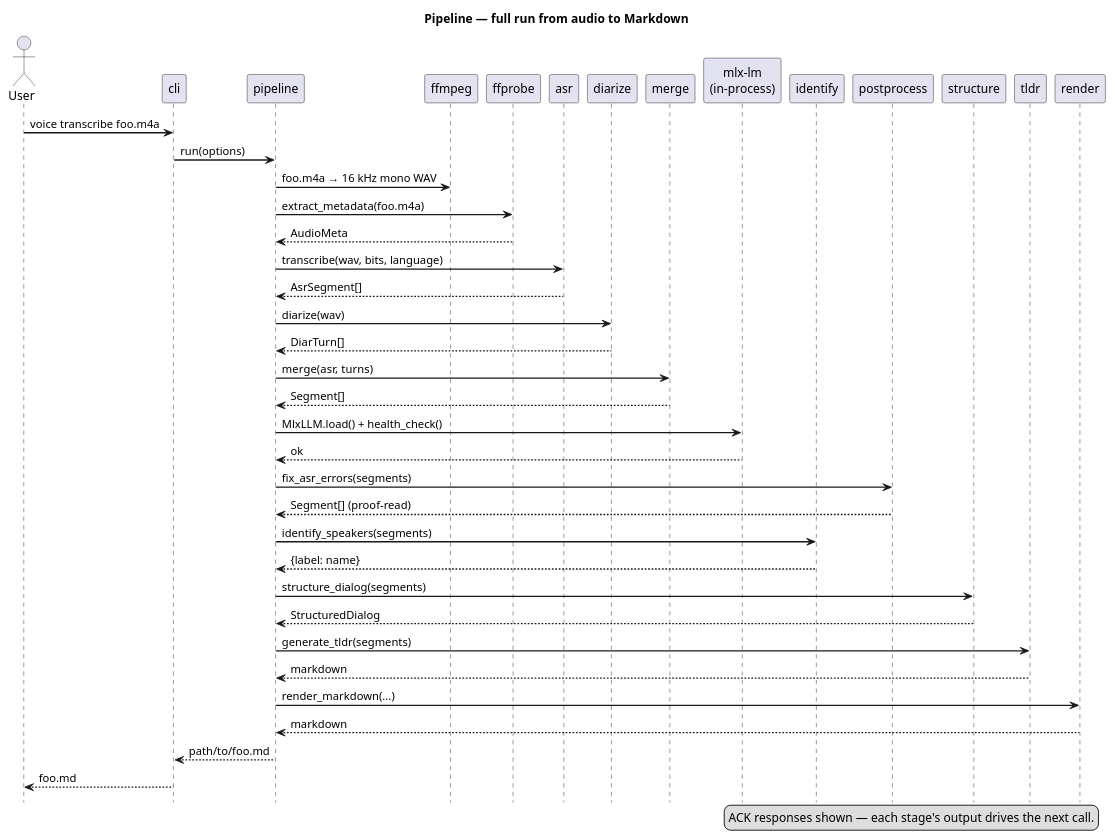
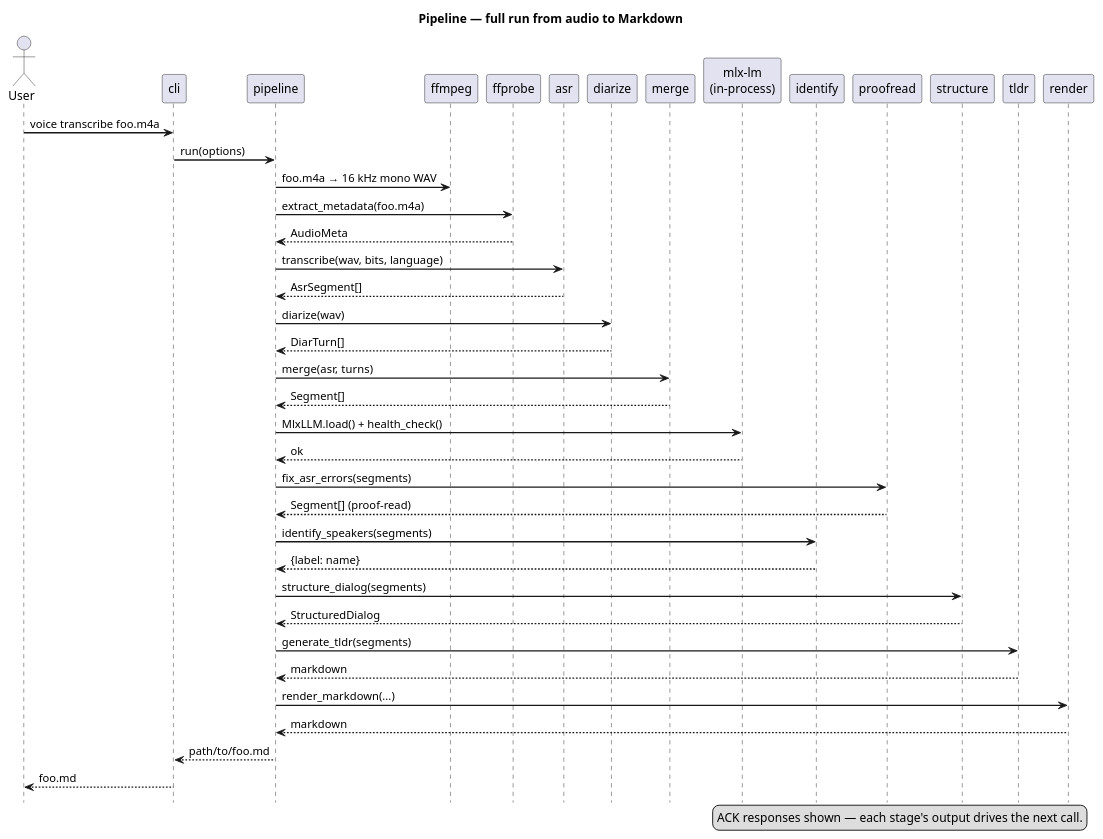
The diagram in docs/pipeline.md (artem-from-ua/voice-transcriber), drawn with PlantUML before and after one commit. The commit also changed other lines of this file and 24 other files, not shown here.

First line of the commit message:
Rename postprocess → proofread; colour-code architecture diagram by stage type (#61)

````diff
--- a/docs/pipeline.md
+++ b/docs/pipeline.md
@@ -7,53 +7,53 @@
 ```plantuml
 @startuml
 title Pipeline — full run from audio to Markdown
 hide footbox
 skinparam sequenceArrowThickness 1.5
 skinparam LifeLineBorderColor #C0C0C0
 
 actor User
 participant cli
 participant pipeline
 participant ffmpeg as "ffmpeg"
 participant ffprobe
 participant asr
 participant diarize
 participant merge
 participant llm as "mlx-lm\n(in-process)"
 participant identify
-participant postprocess
+participant proofread
 participant structure
 participant tldr
 participant render
 
 User -> cli : voice transcribe foo.m4a
 cli -> pipeline : run(options)
 pipeline -> ffmpeg : foo.m4a → 16 kHz mono WAV
 pipeline -> ffprobe : extract_metadata(foo.m4a)
 ffprobe --> pipeline : AudioMeta
 pipeline -> asr : transcribe(wav, bits, language)
 asr --> pipeline : AsrSegment[]
 pipeline -> diarize : diarize(wav)
 diarize --> pipeline : DiarTurn[]
 pipeline -> merge : merge(asr, turns)
 merge --> pipeline : Segment[]
 pipeline -> llm : MlxLLM.load() + health_check()
 llm --> pipeline : ok
-pipeline -> postprocess : fix_asr_errors(segments)
-postprocess --> pipeline : Segment[] (proof-read)
+pipeline -> proofread : fix_asr_errors(segments)
+proofread --> pipeline : Segment[] (proof-read)
 pipeline -> identify : identify_speakers(segments)
 identify --> pipeline : {label: name}
 pipeline -> structure : structure_dialog(segments)
 structure --> pipeline : StructuredDialog
 pipeline -> tldr : generate_tldr(segments)
 tldr --> pipeline : markdown
 pipeline -> render : render_markdown(...)
 render --> pipeline : markdown
 pipeline --> cli : path/to/foo.md
 cli --> User : foo.md
 
 legend right
   ACK responses shown — each stage's output drives the next call.
 end legend
 @enduml
 ```
````
